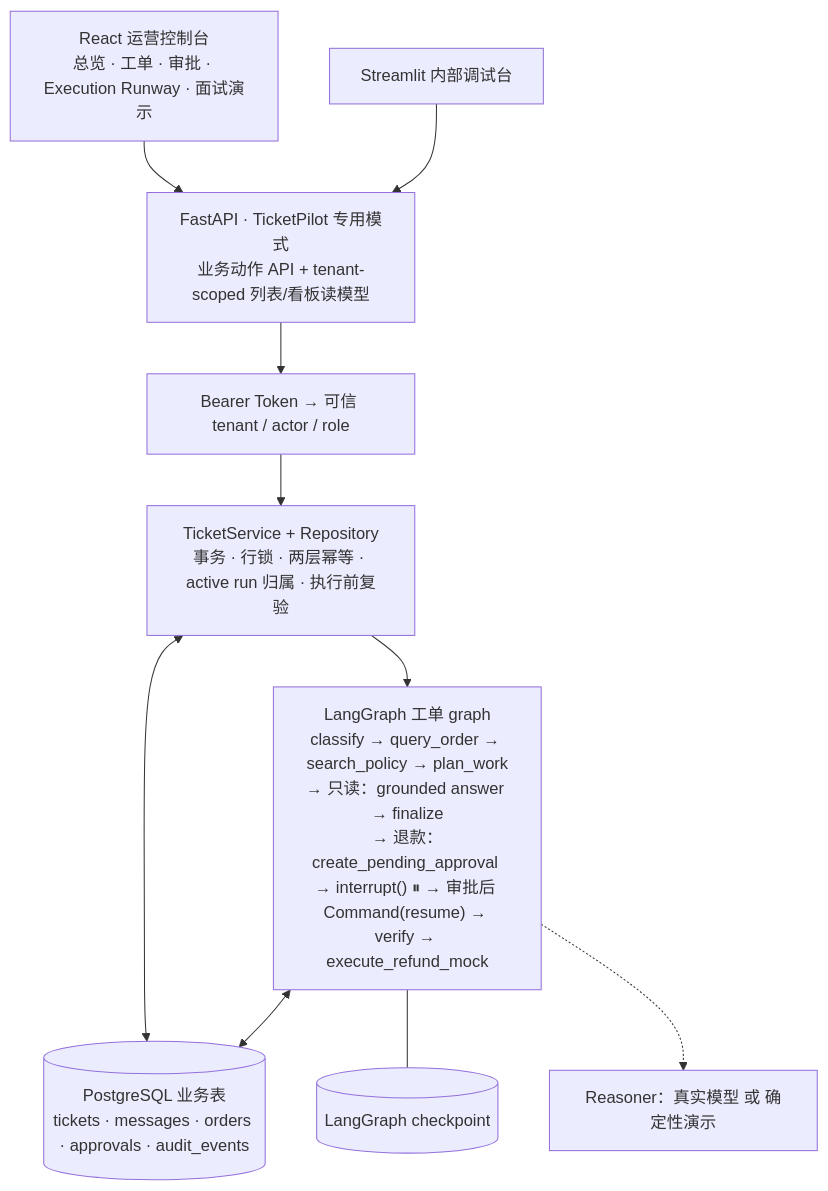
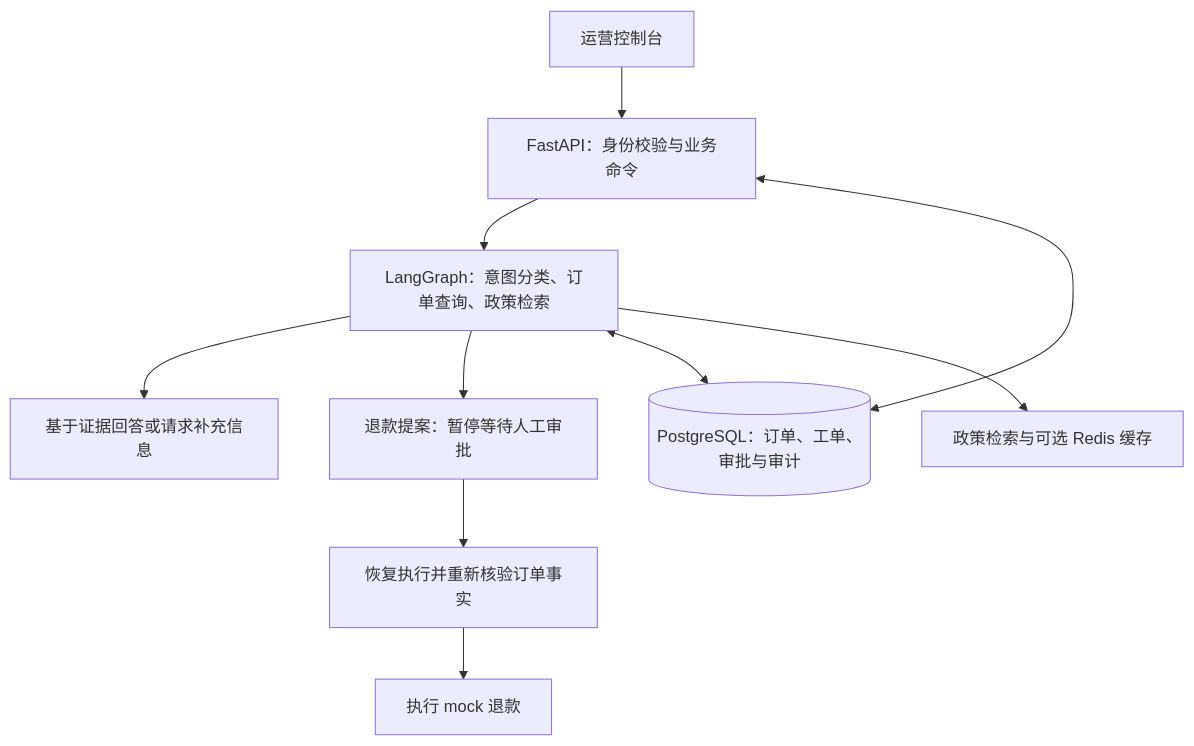
Before and after one commit to FionnLeee/ticketpilot-agent: the diagram in README.zh-CN.md, drawn with Mermaid. The commit also changed other lines of this file and 1 other file, not shown here.

````diff
--- a/README.zh-CN.md
+++ b/README.zh-CN.md
@@ -45,19 +24,12 @@
 ```mermaid
-flowchart TB
-    W["React 运营控制台<br/>总览 · 工单 · 审批 · Execution Runway · 面试演示"]
-    SW["Streamlit 内部调试台"]
-    API["FastAPI · TicketPilot 专用模式<br/>业务动作 API + tenant-scoped 列表/看板读模型"]
-    P["Bearer Token → 可信 tenant / actor / role"]
-    S["TicketService + Repository<br/>事务 · 行锁 · 两层幂等 · active run 归属 · 执行前复验"]
-    DB[("PostgreSQL 业务表<br/>tickets · messages · orders · approvals · audit_events")]
-    LG["LangGraph 工单 graph<br/>classify → query_order → search_policy → plan_work<br/>→ 只读：grounded answer → finalize<br/>→ 退款：create_pending_approval → interrupt() ⏸ → 审批后 Command(resume) → verify → execute_refund_mock"]
-    CK[("LangGraph checkpoint")]
-    M["Reasoner：真实模型 或 确定性演示"]
-    W --> API --> P --> S
-    SW --> API
-    S <--> DB
-    S --> LG
-    LG <--> DB
-    LG --- CK
-    LG -.-> M
+flowchart TD
+    UI["运营控制台"] --> API["FastAPI：身份校验与业务命令"]
+    API --> G["LangGraph：意图分类、订单查询、政策检索"]
+    G --> R["基于证据回答或请求补充信息"]
+    G --> A["退款提案：暂停等待人工审批"]
+    A --> V["恢复执行并重新核验订单事实"]
+    V --> F["执行 mock 退款"]
+    API <--> DB[("PostgreSQL：订单、工单、审批与审计")]
+    G <--> DB
+    G --> C["政策检索与可选 Redis 缓存"]
 ```
````
